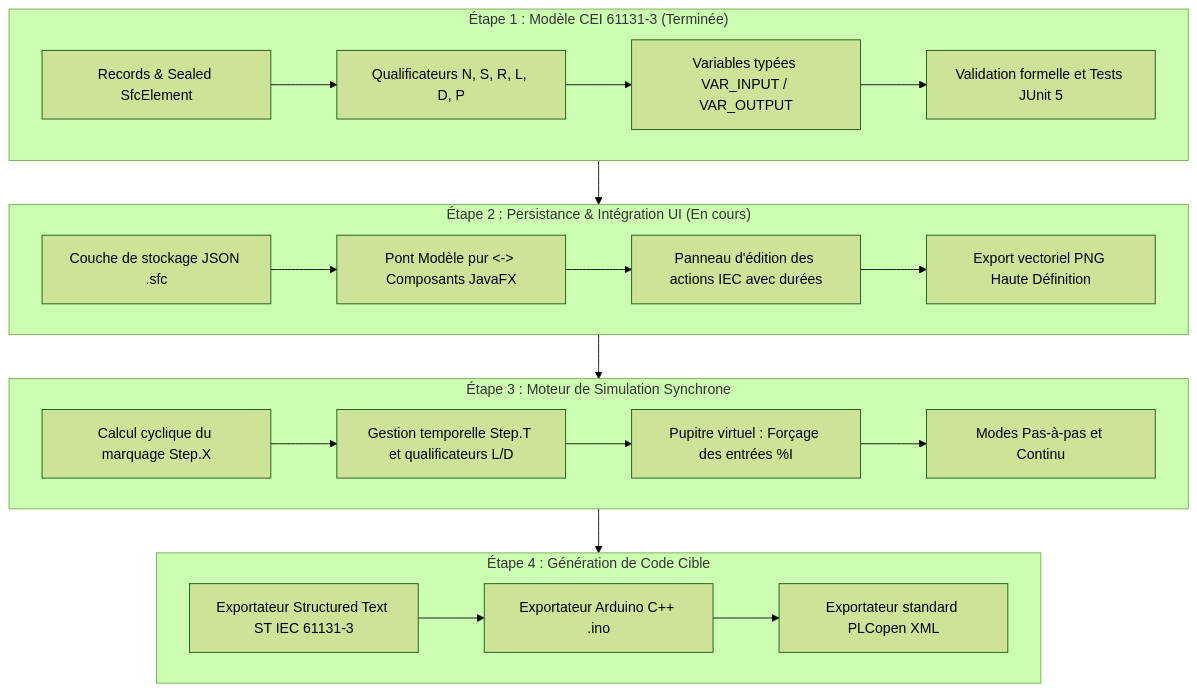
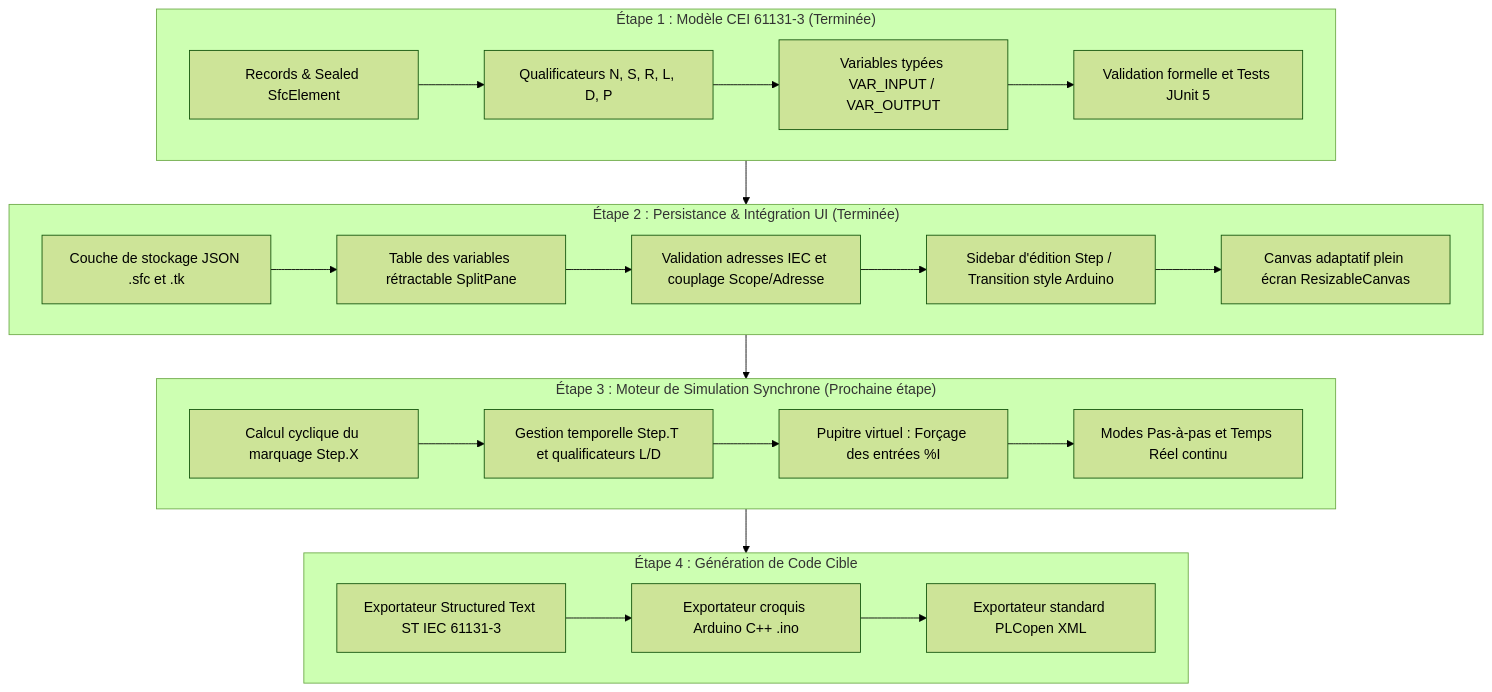
One commit to TAHRI-Khalid/Grafino changed the diagram in AGENTS.md. Above: the diagram before and after it, drawn with Mermaid (forest theme). The commit also changed other lines of this file and 8 other files, not shown here.

Commit message:
style(ui): harmonisation de la charte graphique inspirée d'Arduino IDE, cartes épurées et sélection jaune

````diff
--- a/AGENTS.md
+++ b/AGENTS.md
@@ -177,29 +200,30 @@
 ```mermaid
 flowchart TD
     subgraph Etape1 ["Étape 1 : Modèle CEI 61131-3 (Terminée)"]
         A1[Records & Sealed SfcElement] --> A2[Qualificateurs N, S, R, L, D, P]
         A2 --> A3[Variables typées VAR_INPUT / VAR_OUTPUT]
         A3 --> A4[Validation formelle et Tests JUnit 5]
     end
 
-    subgraph Etape2 ["Étape 2 : Persistance & Intégration UI (En cours)"]
-        B1[Couche de stockage JSON .sfc] --> B2[Pont Modèle pur <-> Composants JavaFX]
-        B2 --> B3[Panneau d'édition des actions IEC avec durées]
-        B3 --> B4[Export vectoriel PNG Haute Définition]
+    subgraph Etape2 ["Étape 2 : Persistance & Intégration UI (Terminée)"]
+        B1[Couche de stockage JSON .sfc et .tk] --> B2[Table des variables rétractable SplitPane]
+        B2 --> B3[Validation adresses IEC et couplage Scope/Adresse]
+        B3 --> B4[Sidebar d'édition Step / Transition style Arduino]
+        B4 --> B5[Canvas adaptatif plein écran ResizableCanvas]
     end
 
-    subgraph Etape3 ["Étape 3 : Moteur de Simulation Synchrone"]
+    subgraph Etape3 ["Étape 3 : Moteur de Simulation Synchrone (Prochaine étape)"]
         C1[Calcul cyclique du marquage Step.X] --> C2[Gestion temporelle Step.T et qualificateurs L/D]
         C2 --> C3[Pupitre virtuel : Forçage des entrées %I]
-        C3 --> C4[Modes Pas-à-pas et Continu]
+        C3 --> C4[Modes Pas-à-pas et Temps Réel continu]
     end
 
     subgraph Etape4 ["Étape 4 : Génération de Code Cible"]
-        D1[Exportateur Structured Text ST IEC 61131-3] --> D2[Exportateur Arduino C++ .ino]
+        D1[Exportateur Structured Text ST IEC 61131-3] --> D2[Exportateur croquis Arduino C++ .ino]
         D2 --> D3[Exportateur standard PLCopen XML]
     end
 
     Etape1 --> Etape2
     Etape2 --> Etape3
     Etape3 --> Etape4
 ```
````
